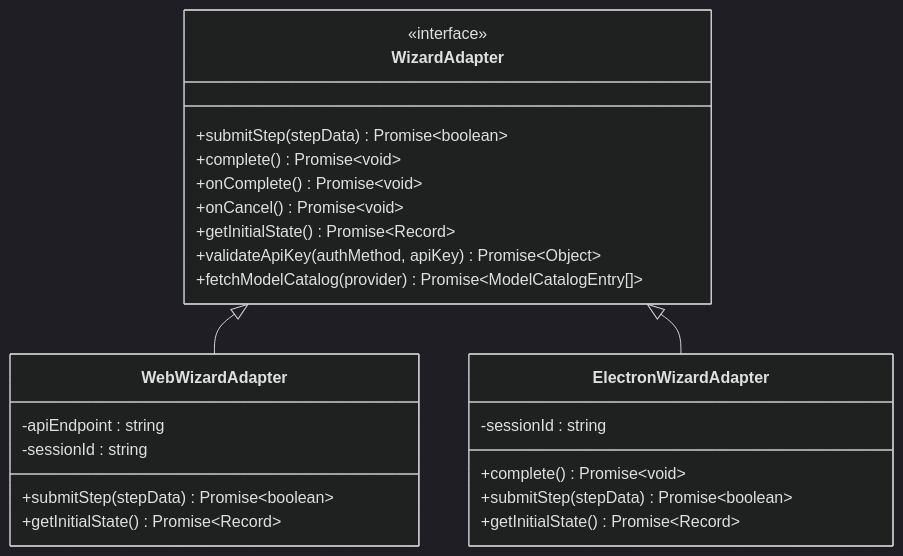
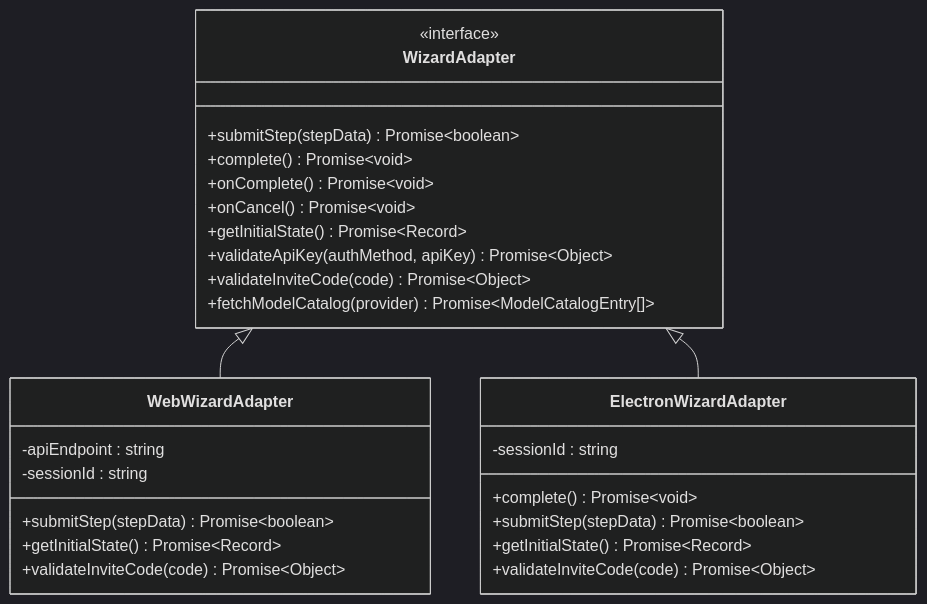
The second of 9 diagrams in .qoder/repowiki/zh/content/设置向导适配器.md (verse-ai-org/openclaw), drawn with Mermaid (dark theme) before and after one commit. The commit also changed other lines of this file and 24 other files, not shown here.

````diff
--- a/.qoder/repowiki/zh/content/设置向导适配器.md
+++ b/.qoder/repowiki/zh/content/设置向导适配器.md
@@ -87,27 +99,30 @@
 ```mermaid
 classDiagram
 class WizardAdapter {
 <<interface>>
 +submitStep(stepData) Promise~boolean~
 +complete() Promise~void~
 +onComplete() Promise~void~
 +onCancel() Promise~void~
 +getInitialState() Promise~Record~
 +validateApiKey(authMethod, apiKey) Promise~Object~
++validateInviteCode(code) Promise~Object~
 +fetchModelCatalog(provider) Promise~ModelCatalogEntry[]~
 }
 class WebWizardAdapter {
 -apiEndpoint : string
 -sessionId : string
 +submitStep(stepData) Promise~boolean~
 +getInitialState() Promise~Record~
++validateInviteCode(code) Promise~Object~
 }
 class ElectronWizardAdapter {
 -sessionId : string
 +complete() Promise~void~
 +submitStep(stepData) Promise~boolean~
 +getInitialState() Promise~Record~
++validateInviteCode(code) Promise~Object~
 }
 WizardAdapter <|-- WebWizardAdapter
 WizardAdapter <|-- ElectronWizardAdapter
 ```
````
